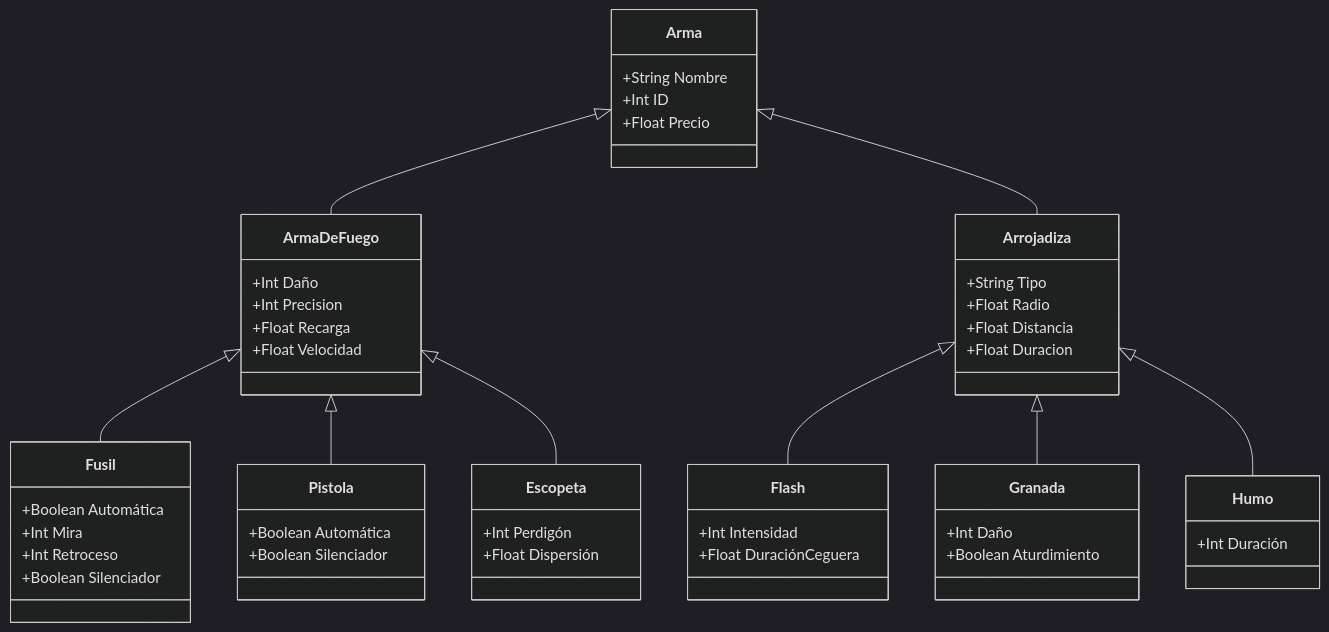
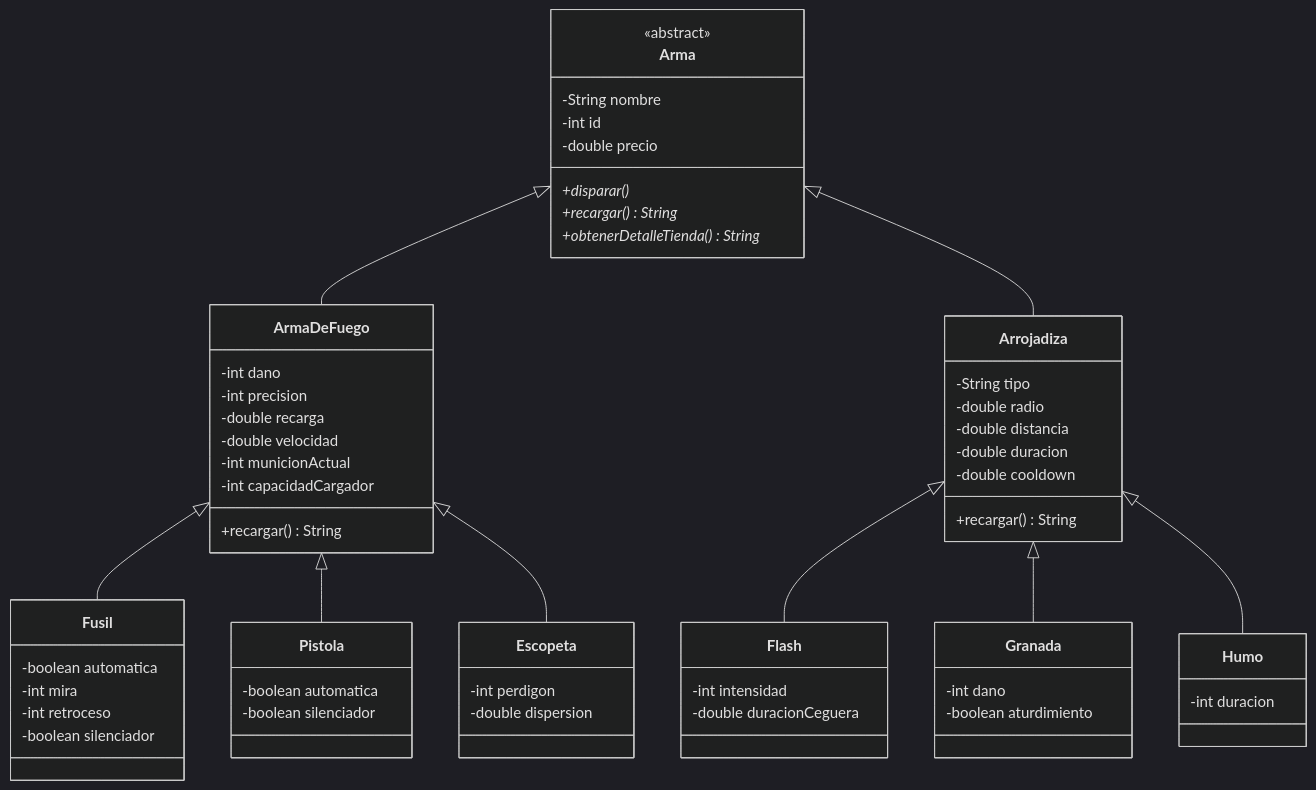
One commit to MigueMedina/mmedina-tplp3-2026 changed the diagram in README.md. Above: the diagram before and after it, drawn with Mermaid (dark theme).

Commit message:
README.md Actualizado con Diagrama de clases

````diff
--- a/README.md
+++ b/README.md
@@ -3,68 +3,77 @@
 ```mermaid
 classDiagram
     %% Clase Base
     class Arma {
-        +String Nombre
-        +Int ID
-        +Float Precio
+        <<abstract>>
+        -String nombre
+        -int id
+        -double precio
+        +disparar()*
+        +recargar()* String
+        +obtenerDetalleTienda()* String
     }
 
     %% Clases Intermedias (Heredan de Arma)
     class ArmaDeFuego {
-        +Int Daño
-        +Int Precision
-        +Float Recarga
-        +Float Velocidad
+        -int dano
+        -int precision
+        -double recarga
+        -double velocidad
+        -int municionActual
+        -int capacidadCargador
+        +recargar() String
     }
 
     class Arrojadiza {
-        +String Tipo
-        +Float Radio
-        +Float Distancia
-        +Float Duracion
+        -String tipo
+        -double radio
+        -double distancia
+        -double duracion
+        -double cooldown
+        +recargar() String
     }
 
     %% Clases Finales (Heredan de las Intermedias)
     class Fusil {
-        +Boolean Automática
-        +Int Mira
-        +Int Retroceso
-        +Boolean Silenciador
+        -boolean automatica
+        -int mira
+        -int retroceso
+        -boolean silenciador
     }
 
     class Pistola {
-        +Boolean Automática
-        +Boolean Silenciador
+        -boolean automatica
+        -boolean silenciador
     }
 
     class Escopeta {
-        +Int Perdigón
-        +Float Dispersión
+        -int perdigon
+        -double dispersion
     }
 
     class Flash {
-        +Int Intensidad
-        +Float DuraciónCeguera
+        -int intensidad
+        -double duracionCeguera
     }
 
     class Granada {
-        +Int Daño
-        +Boolean Aturdimiento
+        -int dano
+        -boolean aturdimiento
     }
 
     class Humo {
-        +Int Duración
+        -int duracion
     }
 
     %% Relaciones de Herencia
     Arma <|-- ArmaDeFuego
     Arma <|-- Arrojadiza
 
     ArmaDeFuego <|-- Fusil
     ArmaDeFuego <|-- Pistola
     ArmaDeFuego <|-- Escopeta
 
     Arrojadiza <|-- Flash
     Arrojadiza <|-- Granada
     Arrojadiza <|-- Humo
 ```
````
